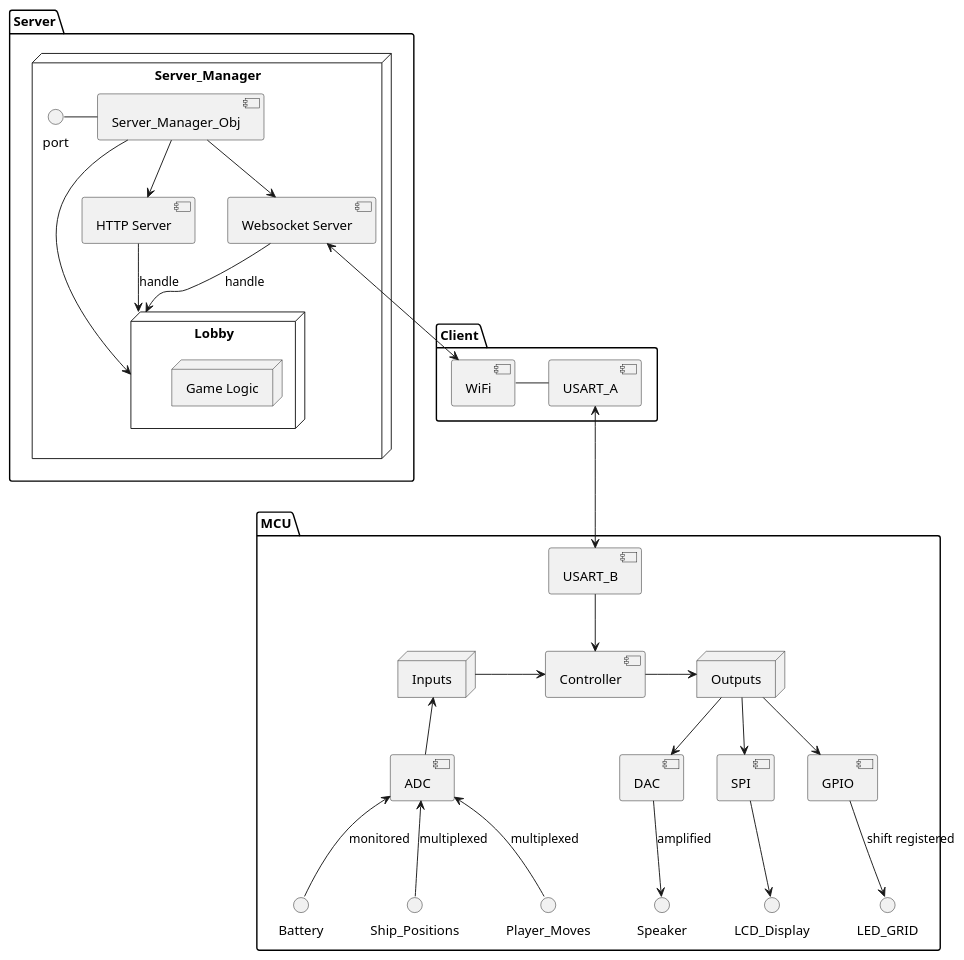
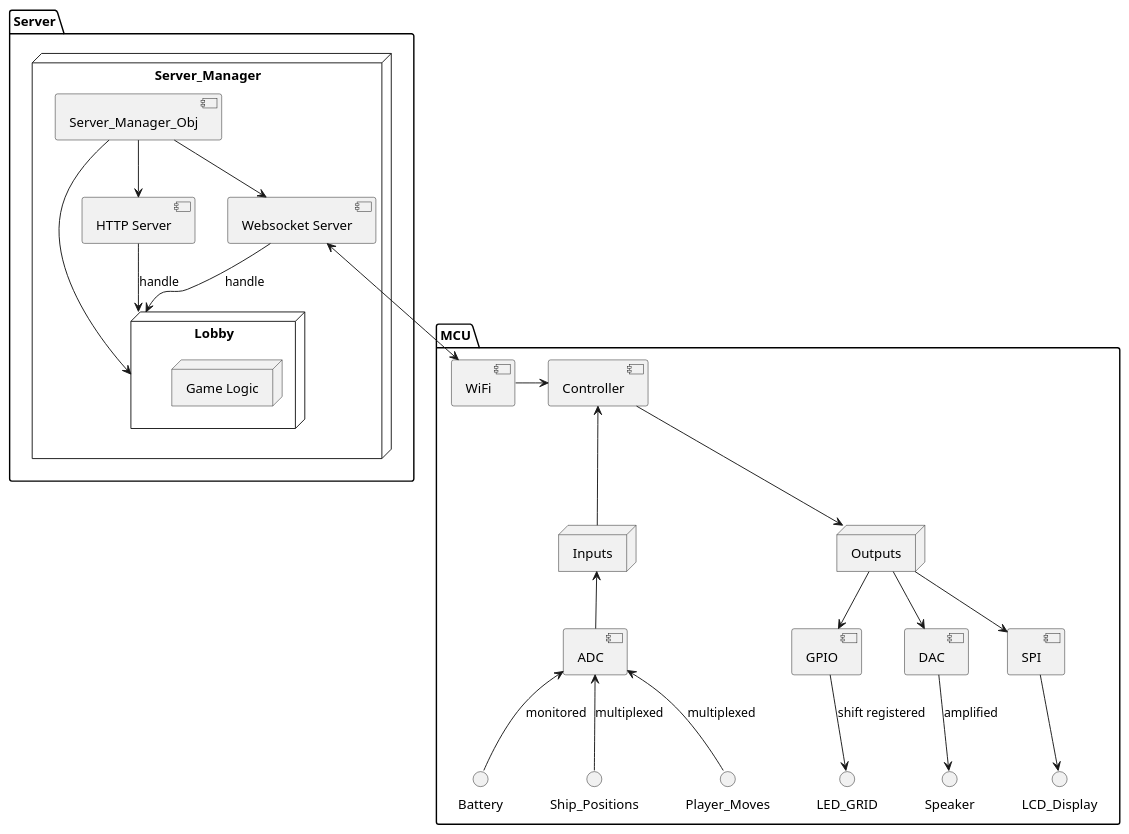
One commit to Sink-or-be-Sunk/Websocket_Server changed the diagram in docs/diagrams/src/System.wsd. Above: the diagram before and after it, drawn with PlantUML. The commit also changed 7 other files, not shown here.

```diff
--- a/docs/diagrams/src/System.wsd
+++ b/docs/diagrams/src/System.wsd
@@ -1,50 +1,43 @@
 @startuml System_Class_Diagram
 package "Server" {
     node "Server_Manager" {
         node "Lobby" {
             node "Game Logic" {
             }
         }
-        [Server_Manager_Obj] -left- port
         [Server_Manager_Obj] -down-> [HTTP Server]
         [Server_Manager_Obj] -down-> [Websocket Server]
         [Server_Manager_Obj] -right-> Lobby
 
     }
     
     [Websocket Server] --> Lobby : handle
     [HTTP Server] --> Lobby : handle
 }
 
-package "Client" {
-    [WiFi] - [USART_A]
-}
-
 package "MCU" {
-    [USART_B] --> [Controller]
-
-    [Controller] <-left- Inputs
-    [Controller] -right-> Outputs
+    [WiFi] -> [Controller]
+    [Controller] <-down- Inputs
+    [Controller] -down-> Outputs
 
     node "Inputs" {
     }
     Inputs <-down- [ADC]
 
     [ADC] <-down- Battery : monitored
     [ADC] <-down- Ship_Positions : multiplexed
     [ADC] <-down- Player_Moves : multiplexed
 
     node "Outputs" {
     }
     Outputs -down-> [GPIO]
     Outputs -down-> [DAC]
     Outputs -down-> [SPI]
 
     [GPIO] -down-> LED_GRID : shift registered
     [DAC] -down-> Speaker : amplified
     [SPI] -down-> LCD_Display
 }
 
-[USART_A] <--> [USART_B]
 [Websocket Server] <--> [WiFi]
 @enduml
```
